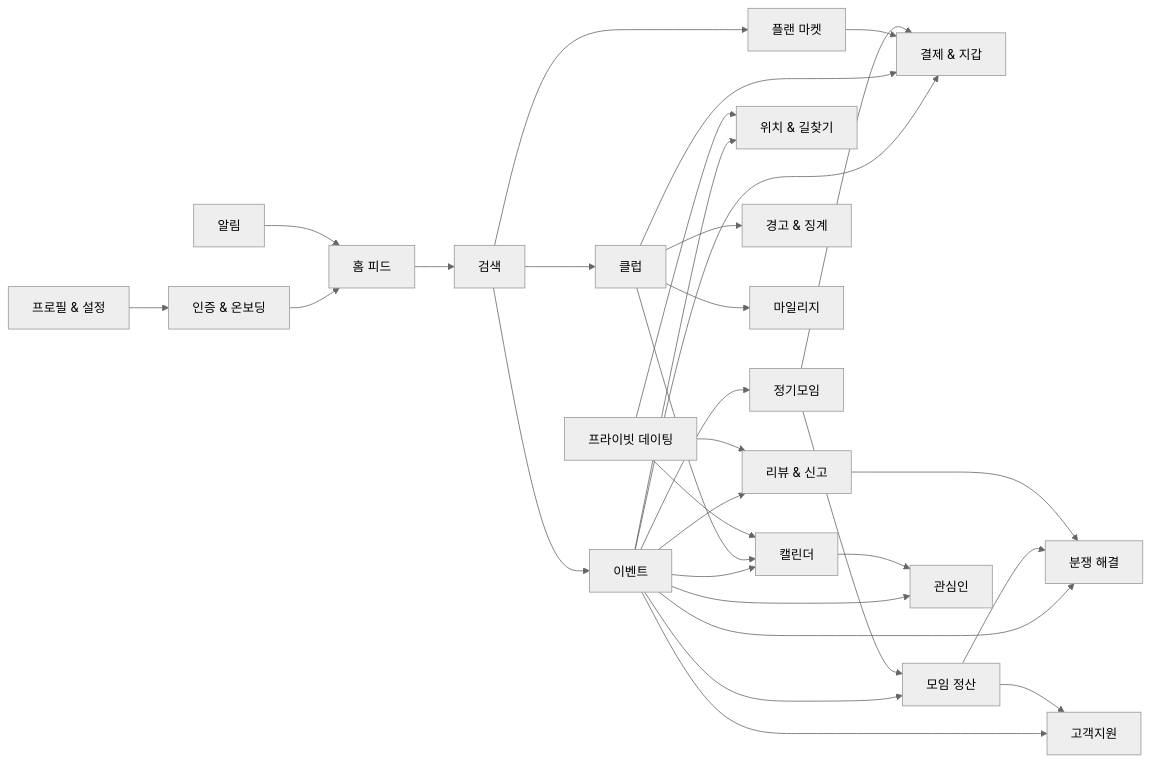
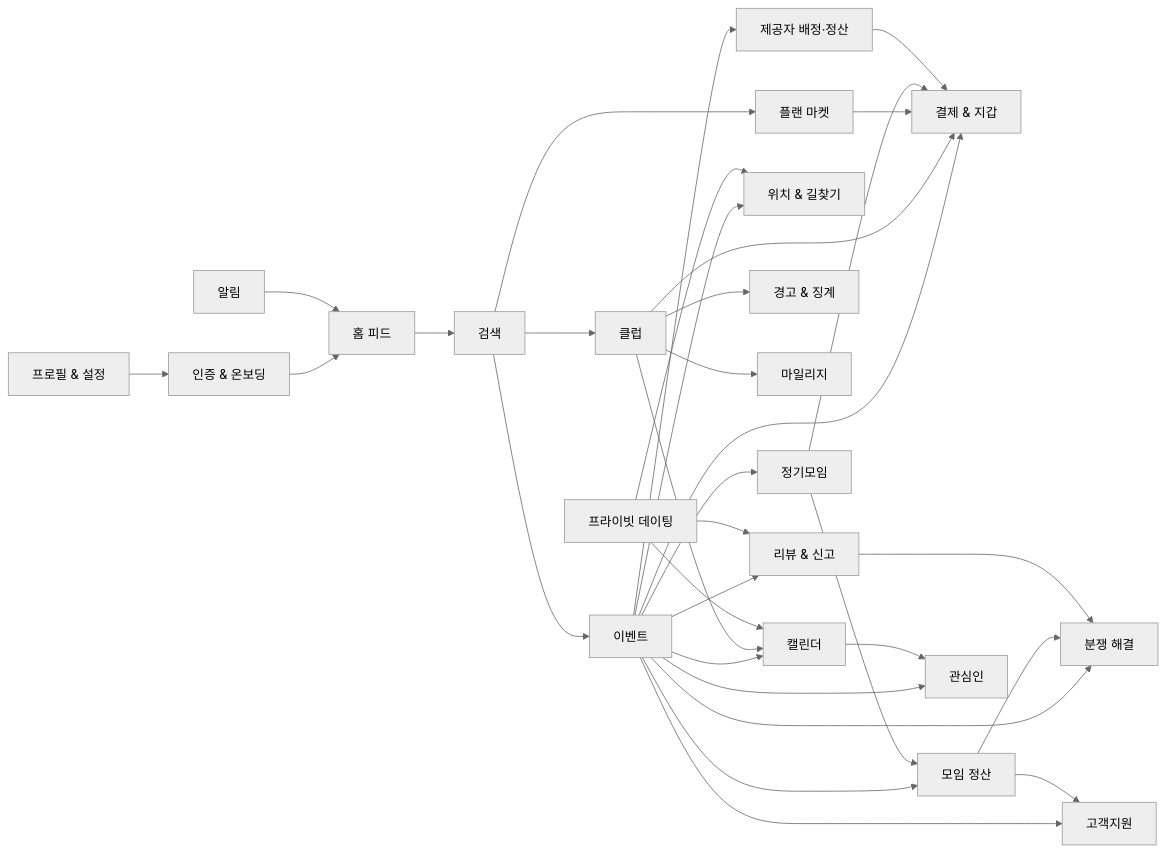
Before and after one commit to endside82/business_logic: the diagram in prd/00_prd_items/04_domain_purposes.md, drawn with Mermaid (neutral theme). The commit also changed other lines of this file and 49 other files, not shown here.

````diff
--- a/prd/00_prd_items/04_domain_purposes.md
+++ b/prd/00_prd_items/04_domain_purposes.md
@@ -43,33 +44,35 @@
 ```mermaid
 flowchart LR
     A["인증 & 온보딩"] --> B["홈 피드"]
     B --> C["검색"]
     C --> D["이벤트"]
     C --> E["클럽"]
     C --> F["플랜 마켓"]
     D --> G["결제 & 지갑"]
     E --> G
     F --> G
     D --> H["모임 정산"]
     D --> I["캘린더"]
     D --> J["위치 & 길찾기"]
     E --> I
     K["프라이빗 데이팅"] --> I
     K --> J
     D --> L["리뷰 & 신고"]
     K --> L
     M["알림"] --> B
     N["프로필 & 설정"] --> A
     E --> O["경고 & 징계"]
     E --> P["마일리지"]
     D --> Q["정기모임"]
     Q --> G
     Q --> H
     D --> R["분쟁 해결"]
     H --> R
     L --> R
     D --> S["관심인"]
     I --> S
     D --> T["고객지원"]
     H --> T
+    D --> V["제공자 배정·정산"]
+    V --> G
 ```
````
